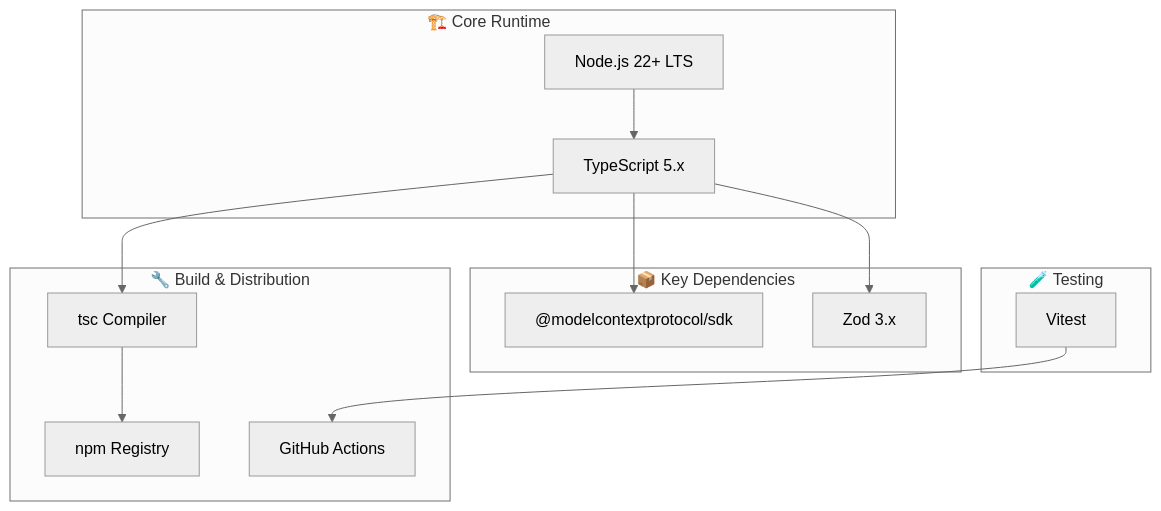
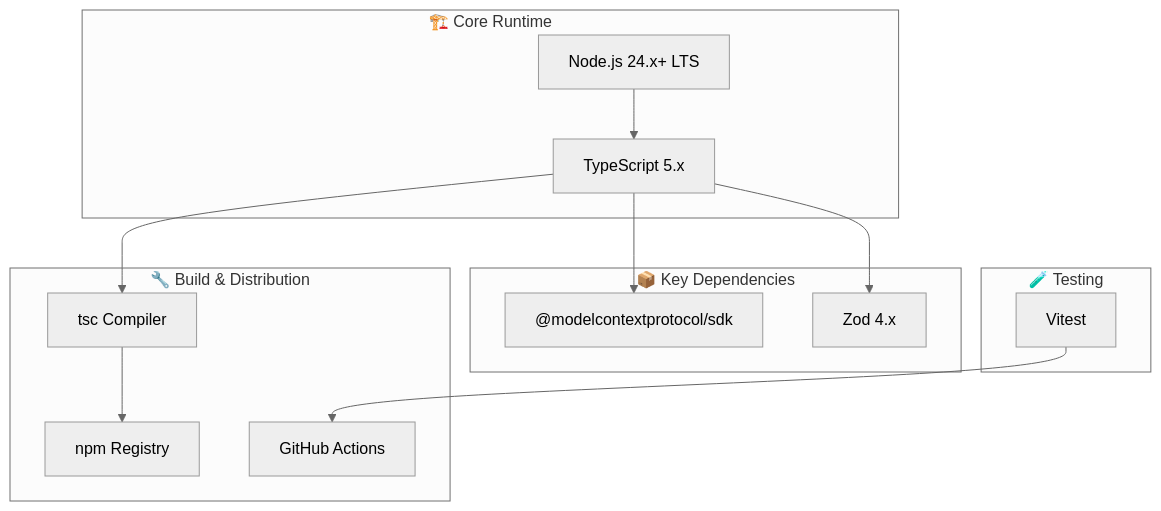
One commit to Hack23/European-Parliament-MCP-Server changed the diagram in End-of-Life-Strategy.md. Above: the diagram before and after it, drawn with Mermaid (neutral theme). The commit also changed 3 other files, not shown here.

Commit message:
Apply review feedback: fix Node.js 24+, Zod 4.x versions, validation expectations, and link paths

````diff
--- a/End-of-Life-Strategy.md
+++ b/End-of-Life-Strategy.md
@@ -61,23 +61,23 @@
 ```mermaid
 graph TB
     subgraph "🏗️ Core Runtime"
-        NODE[Node.js 22+ LTS]
+        NODE[Node.js 24.x+ LTS]
         TS[TypeScript 5.x]
     end
     subgraph "📦 Key Dependencies"
         MCP["@modelcontextprotocol/sdk"]
-        ZOD[Zod 3.x]
+        ZOD[Zod 4.x]
     end
     subgraph "🧪 Testing"
         VIT[Vitest]
     end
     subgraph "🔧 Build & Distribution"
         NPM[npm Registry]
         GHA[GitHub Actions]
         TSC[tsc Compiler]
     end
 
     NODE --> TS --> MCP & ZOD
     TS --> TSC --> NPM
     VIT --> GHA
 ```
````
